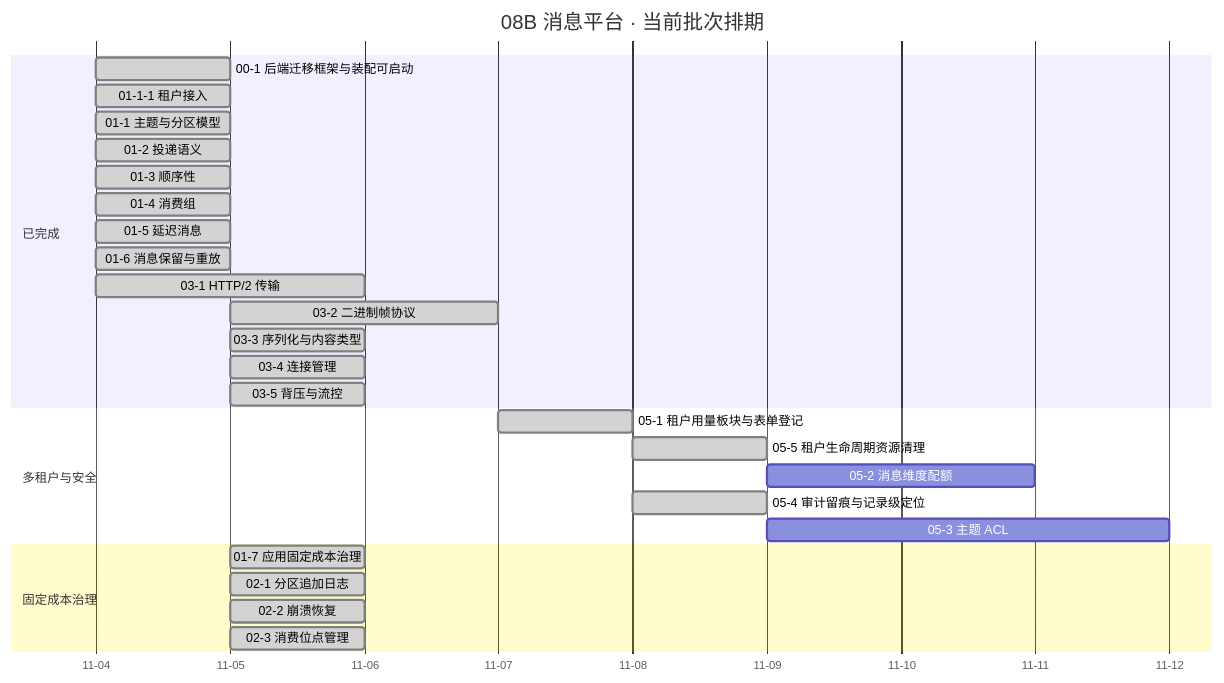
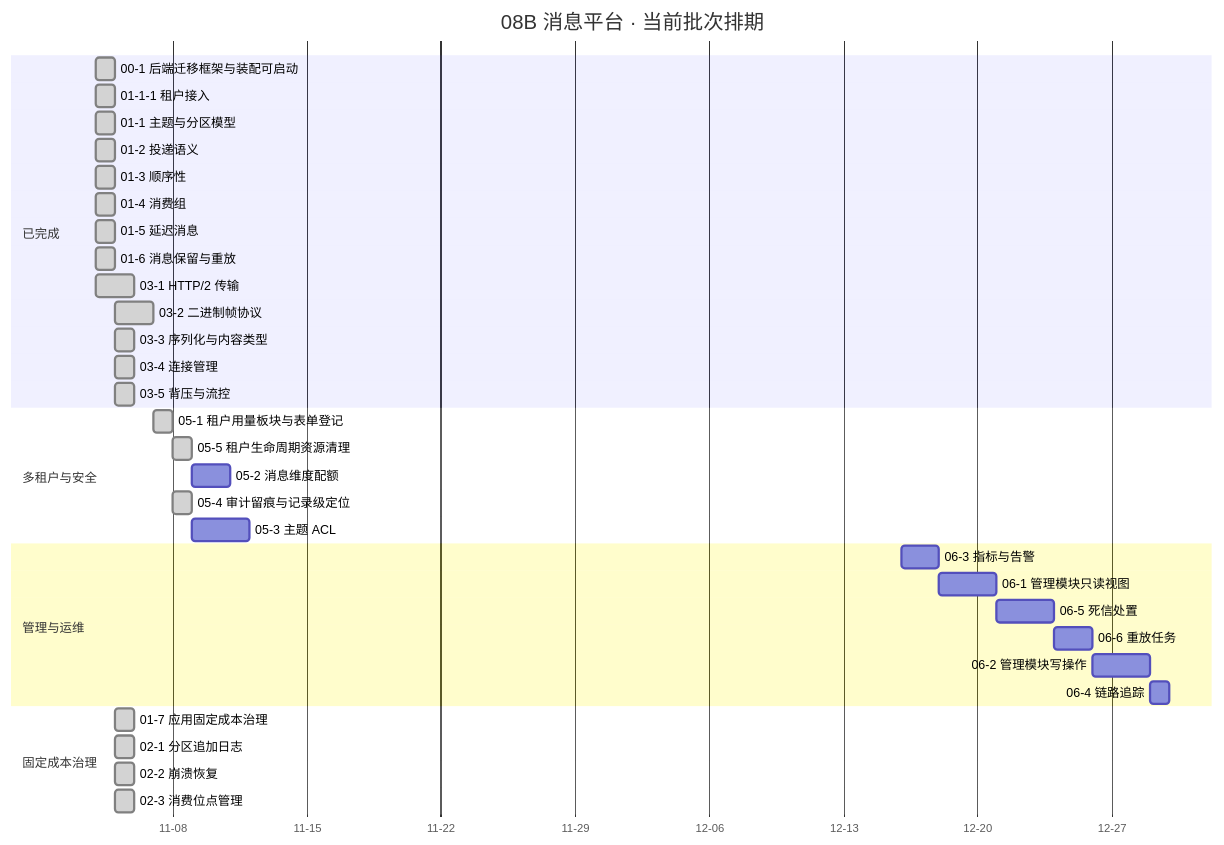
The diagram in msg文档/项目/08B_消息平台/计划/01_计划_消息平台.md (minjian123/message-platform), drawn with Mermaid before and after one commit. The commit also changed other lines of this file and 54 other files, not shown here.

````diff
--- a/msg文档/项目/08B_消息平台/计划/01_计划_消息平台.md
+++ b/msg文档/项目/08B_消息平台/计划/01_计划_消息平台.md
@@ -81,32 +89,39 @@
 ```mermaid
 gantt
     title 08B 消息平台 · 当前批次排期
-    %% 任务域 02：02-7 已交付（2026-11-05）、02-4/02-5 搁置（待 8B_05）；任务域 04：04-1 ~ 04-7 全部已交付不入甘特
+    %% 任务域 02：02-7 已交付（2026-11-05）、02-4/02-5 搁置（待 8B_05）；任务域 04：04-1 ~ 04-7 全部已交付不入甘特；任务域 06：06-3 ~ 06-4 自 2026-12-16 起连续排
     dateFormat YYYY-MM-DD
     axisFormat %m-%d
     section 已完成
     00-1 后端迁移框架与装配可启动 :done, d001, 2026-11-04, 1d
     01-1-1 租户接入 :done, d0111, 2026-11-04, 1d
     01-1 主题与分区模型 :done, t011, 2026-11-04, 1d
     01-2 投递语义 :done, t012, 2026-11-04, 1d
     01-3 顺序性 :done, t013, 2026-11-04, 1d
     01-4 消费组 :done, t014, 2026-11-04, 1d
     01-5 延迟消息 :done, t015, 2026-11-04, 1d
     01-6 消息保留与重放 :done, t016, 2026-11-04, 1d
     03-1 HTTP/2 传输 :done, t031, 2026-11-04, 2d
     03-2 二进制帧协议 :done, t032, 2026-11-05, 2d
     03-3 序列化与内容类型 :done, t033, 2026-11-05, 1d
     03-4 连接管理 :done, t034, 2026-11-05, 1d
     03-5 背压与流控 :done, t035, 2026-11-05, 1d
     section 多租户与安全
     05-1 租户用量板块与表单登记 :done, t051, 2026-11-07, 1d
     05-5 租户生命周期资源清理 :done, t055, 2026-11-08, 1d
     05-2 消息维度配额 :t052, after t055, 2d
     05-4 审计留痕与记录级定位 :done, t054, 2026-11-08, 1d
     05-3 主题 ACL :t053, after t054, 3d
+    section 管理与运维
+    06-3 指标与告警 :t063, 2026-12-16, 2d
+    06-1 管理模块只读视图 :t061, after t063, 3d
+    06-5 死信处置 :t065, after t061, 3d
+    06-6 重放任务 :t066, after t065, 2d
+    06-2 管理模块写操作 :t062, after t066, 3d
+    06-4 链路追踪 :t064, after t062, 1d
     section 固定成本治理
     01-7 应用固定成本治理 :done, t017, 2026-11-05, 1d
     02-1 分区追加日志 :done, t021, 2026-11-05, 1d
     02-2 崩溃恢复 :done, t022, 2026-11-05, 1d
     02-3 消费位点管理 :done, t023, 2026-11-05, 1d
 ```
````
